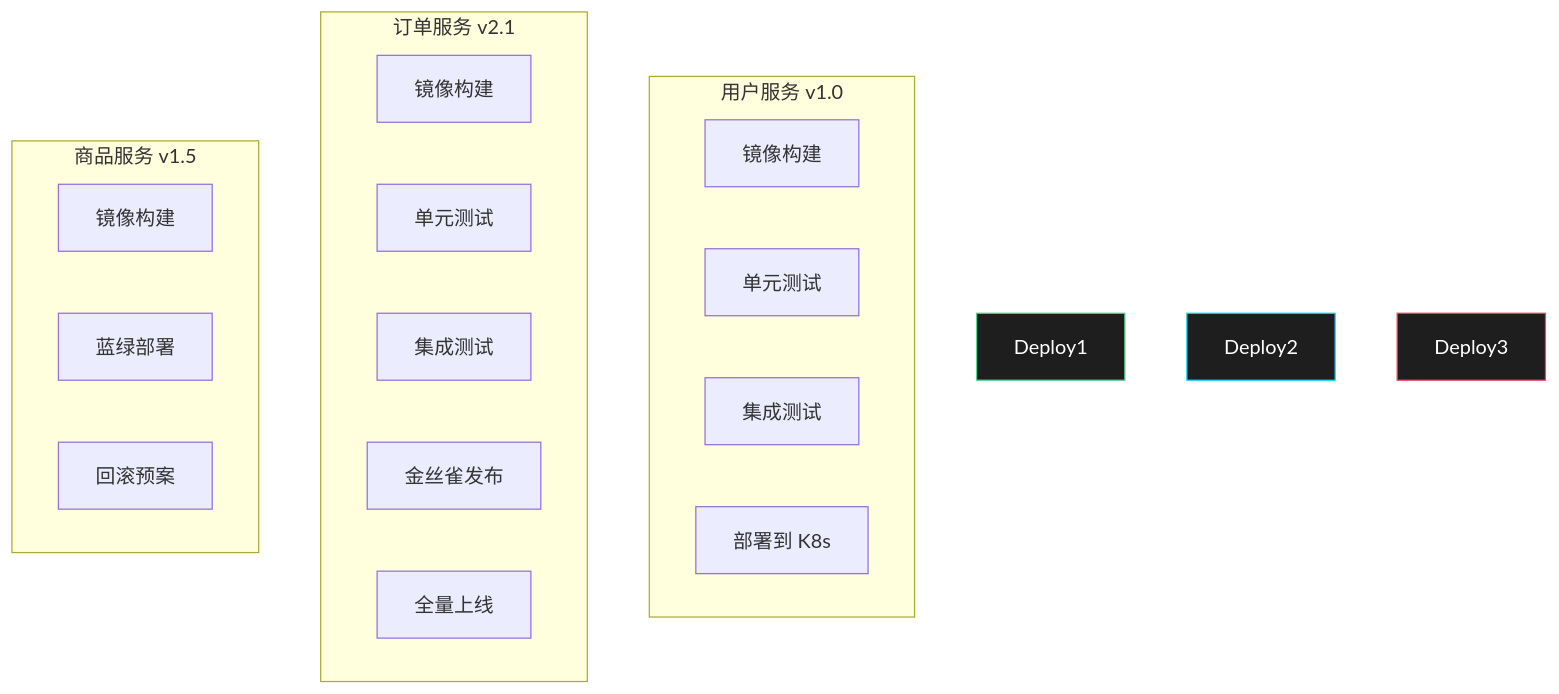
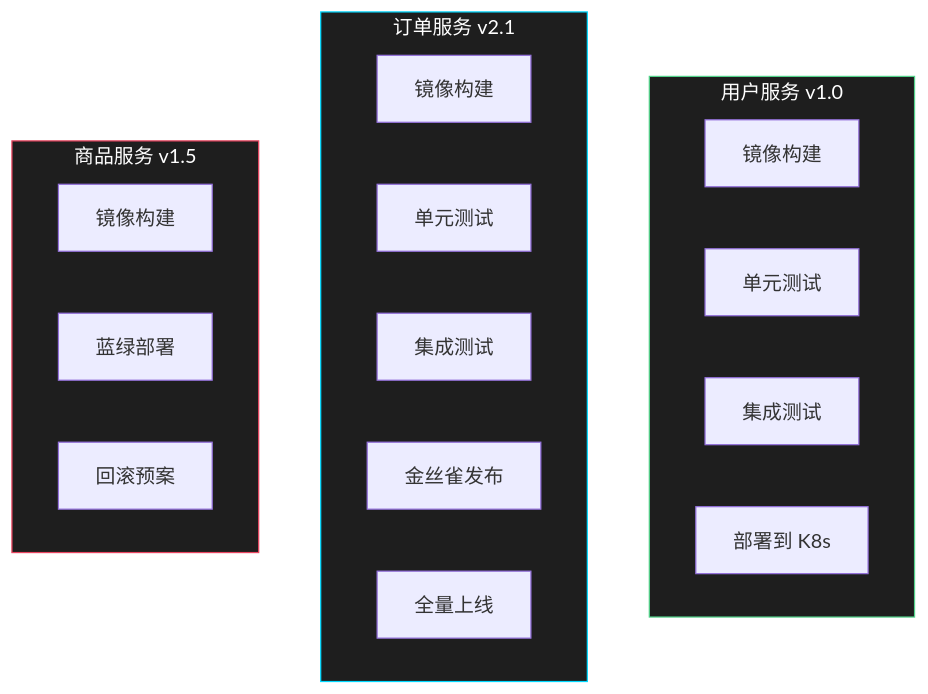
The eighth of 24 diagrams in 系统设计/架构设计/05_微服务架构.md (dd-xiaozhi/study-notes), drawn with Mermaid before and after one commit. The commit also changed other lines of this file and 19 other files, not shown here.

````diff
--- a/系统设计/架构设计/05_微服务架构.md
+++ b/系统设计/架构设计/05_微服务架构.md
@@ -444,27 +444,27 @@
 ```mermaid
 flowchart TB
-    subgraph "用户服务 v1.0"
+    subgraph Deploy1["用户服务 v1.0"]
         D1["镜像构建"]
         D2["单元测试"]
         D3["集成测试"]
         D4["部署到 K8s"]
     end
 
-    subgraph "订单服务 v2.1"
+    subgraph Deploy2["订单服务 v2.1"]
         D5["镜像构建"]
         D6["单元测试"]
         D7["集成测试"]
         D8["金丝雀发布"]
         D9["全量上线"]
     end
 
-    subgraph "商品服务 v1.5"
+    subgraph Deploy3["商品服务 v1.5"]
         D10["镜像构建"]
         D11["蓝绿部署"]
         D12["回滚预案"]
     end
 
     style Deploy1 fill:#1e1e1e,stroke:#53d28a,color:#ffffff
     style Deploy2 fill:#1e1e1e,stroke:#00d9ff,color:#ffffff
     style Deploy3 fill:#1e1e1e,stroke:#e94560,color:#ffffff
 ```
````
